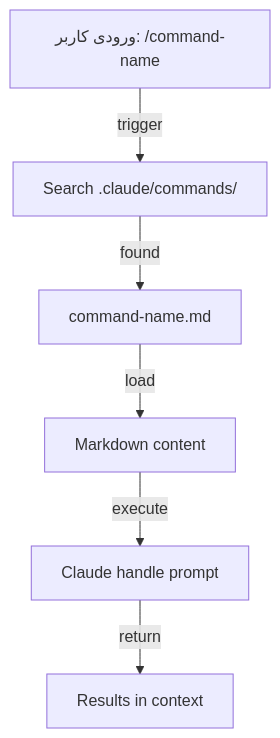
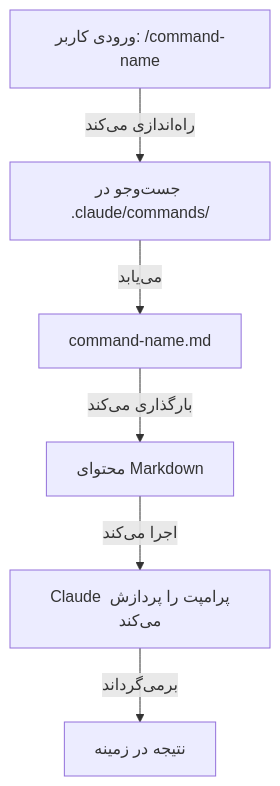
One commit to hassanbht/claude-howto changed the first of 31 diagrams in fa/claude_concepts_guide.md. Above: the diagram before and after it, drawn with Mermaid. The commit also changed other lines of this file and 53 other files, not shown here.

````diff
--- a/fa/claude_concepts_guide.md
+++ b/fa/claude_concepts_guide.md
@@ -33,8 +41,8 @@
 ```mermaid
 graph TD
-    A["ورودی کاربر: /command-name"] -->|trigger| B["Search .claude/commands/"]
-    B -->|found| C["command-name.md"]
-    C -->|load| D["Markdown content"]
-    D -->|execute| E["Claude handle prompt"]
-    E -->|return| F["Results in context"]
+    A["ورودی کاربر: /command-name"] -->|راه‌اندازی می‌کند| B["جست‌وجو در .claude/commands/"]
+    B -->|می‌یابد| C["command-name.md"]
+    C -->|بارگذاری می‌کند| D["محتوای Markdown"]
+    D -->|اجرا می‌کند| E["Claude پرامپت را پردازش می‌کند"]
+    E -->|برمی‌گرداند| F["نتیجه در زمینه"]
 ```
````
